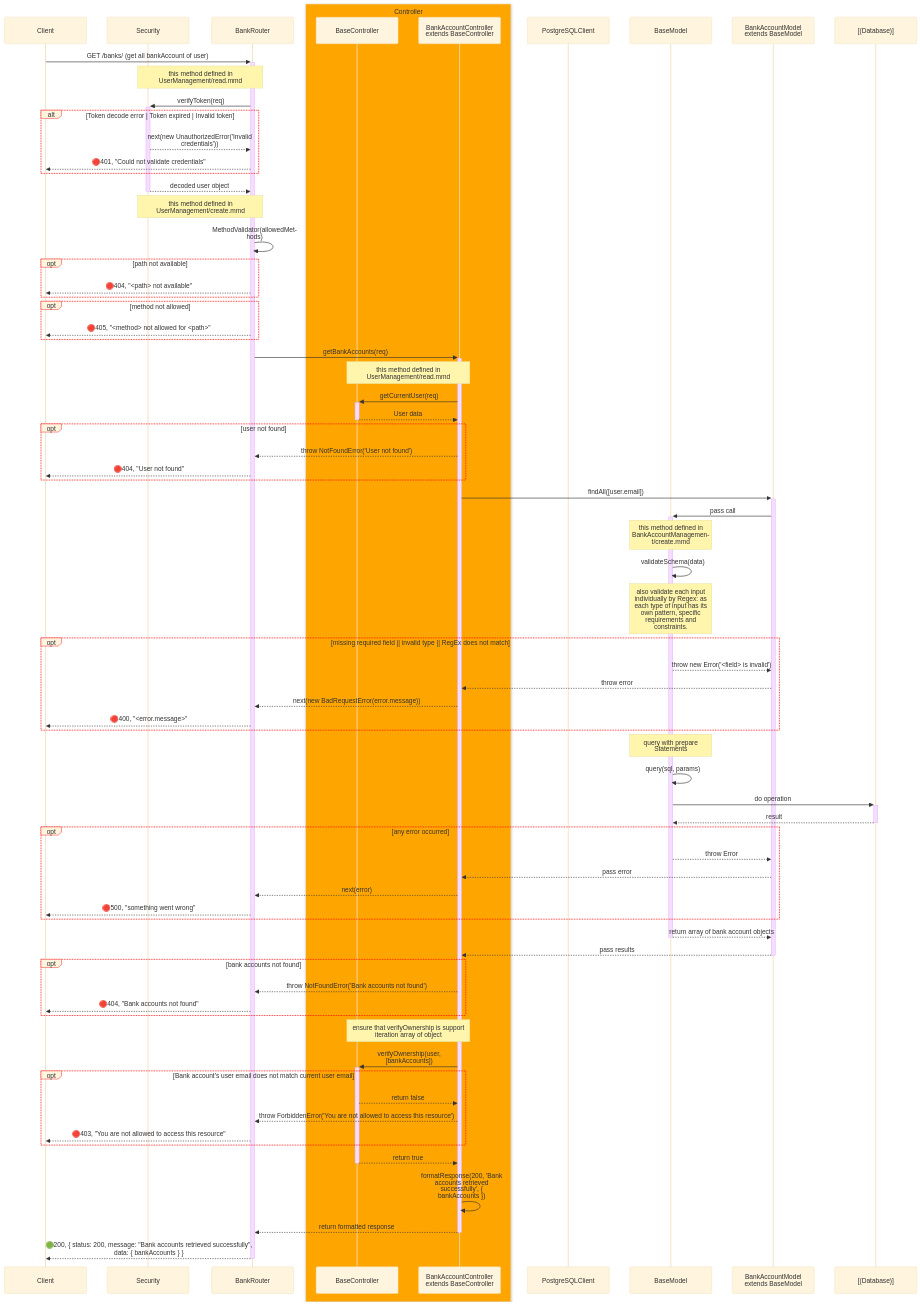
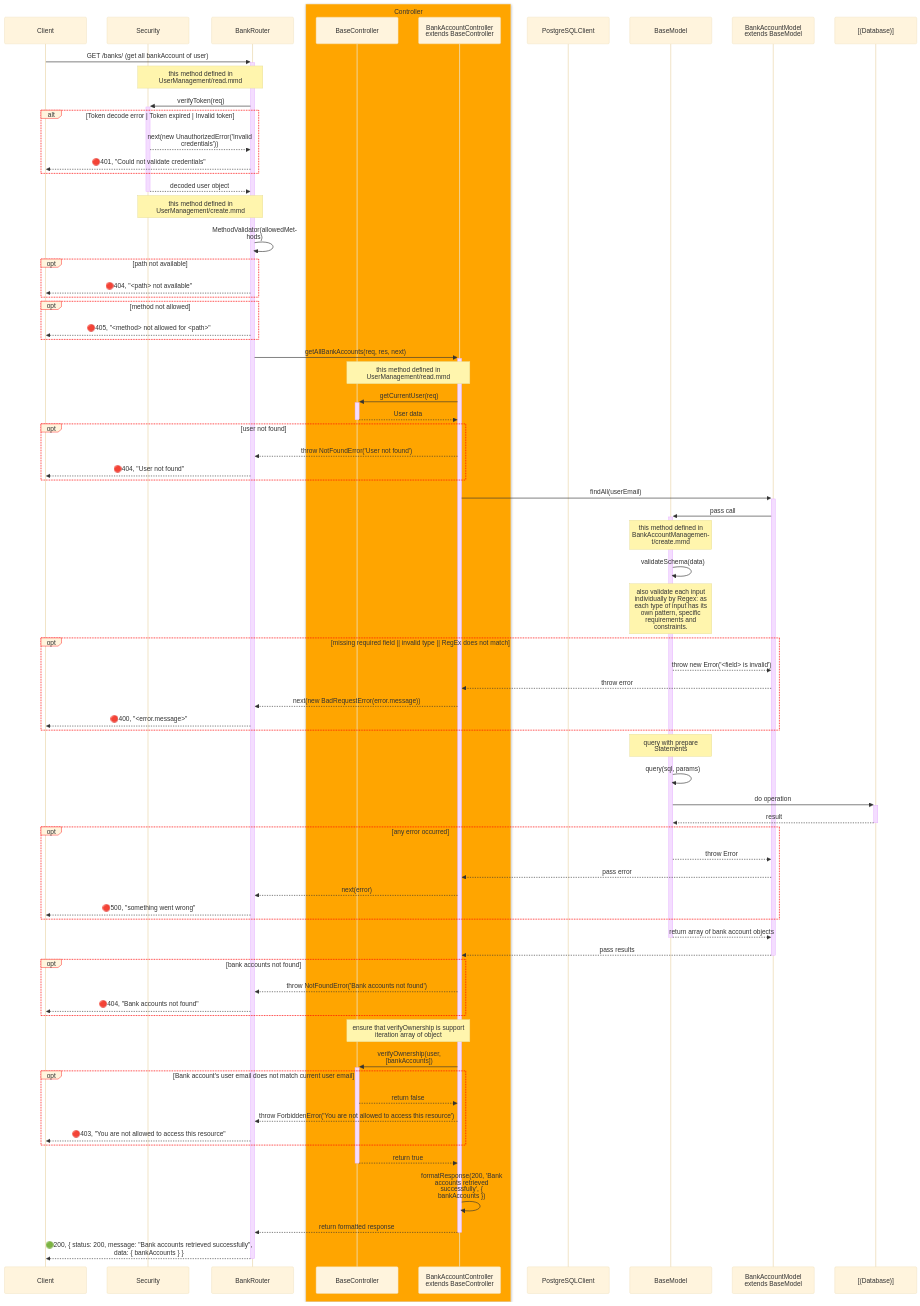
One commit to SawatKia/WealthTracking changed the diagram in design/newClassesDesign/BankAccountManagement/ReadAll.mmd. Above: the diagram before and after it, drawn with Mermaid. The commit also changed 14 other files, not shown here.

Commit message:
add class diagram

```diff
--- a/design/newClassesDesign/BankAccountManagement/ReadAll.mmd
+++ b/design/newClassesDesign/BankAccountManagement/ReadAll.mmd
@@ -1,93 +1,93 @@
 %%{
     init: {
         "theme":"base",
         "themeVariables": {
             'labelBoxBorderColor': '#ff0000'
         },
         "sequence": { 
             "wrap": true, 
             "width": 200 
         } 
     }
 }%%
 sequenceDiagram
     participant Client
     participant Sec as Security
     participant Router as BankRouter
     box orange Controller
         participant BaseCont as BaseController
         participant Cont as BankAccountController extends BaseController
     end
     participant PGClient as PostgreSQLClient
     participant BaseModel as BaseModel 
     participant Model as BankAccountModel extends BaseModel
     participant DB as [(Database)]
 
     Client->>+Router: GET /banks/ (get all bankAccount of user)
     Note over Sec, Router: this method defined in UserManagement/read.mmd
     Router->>+Sec: verifyToken(req)
     alt Token decode error | Token expired | Invalid token
         Sec-->>Router: next(new UnauthorizedError('Invalid credentials'))
         Router-->>Client: 🔴401, "Could not validate credentials"
     end
     Sec-->>-Router: decoded user object 
 
     Note over Sec, Router: this method defined in UserManagement/create.mmd
     Router->>Router: MethodValidator(allowedMethods)
     opt path not available
         Router-->>Client: 🔴404, "<path> not available"
     end
     opt method not allowed
         Router-->>Client: 🔴405, "<method> not allowed for <path>"
     end
-    Router->>+Cont: getBankAccounts(req)
+    Router->>+Cont: getAllBankAccounts(req, res, next)
     Note over Cont, BaseCont: this method defined in UserManagement/read.mmd
     Cont->>+BaseCont: getCurrentUser(req)
     BaseCont-->>-Cont: User data
 
     opt user not found
         Cont-->>Router: throw NotFoundError('User not found')
         Router-->>Client: 🔴404, "User not found"
     end
 
-    Cont->>+Model: findAll([user.email])
+    Cont->>+Model: findAll(userEmail)
     Model->>+BaseModel: pass call
     Note over BaseModel: this method defined in BankAccountManagement/create.mmd
     BaseModel->>BaseModel: validateSchema(data) 
     Note over BaseModel: also validate each input individually by Regex: as each type of input has its own pattern, specific requirements and constraints.
     opt missing required field || invalid type || RegEx does not match
         BaseModel-->>Model: throw new Error('<field> is invalid')
         Model-->>Cont: throw error
         Cont-->>Router: next(new BadRequestError(error.message))
         Router-->>Client: 🔴400, "<error.message>"
     end
     Note over BaseModel: query with prepare Statements
     BaseModel->>BaseModel: query(sql, params)
     BaseModel->>+DB: do operation
     DB-->>-BaseModel: result
     opt any error occurred
         BaseModel-->>Model: throw Error
         Model-->>Cont: pass error
         Cont-->>Router: next(error)
         Router-->>Client: 🔴500, "something went wrong"
     end
     BaseModel-->>-Model: return array of bank account objects
     Model-->>-Cont: pass results
 
     opt bank accounts not found
         Cont-->>Router: throw NotFoundError('Bank accounts not found')
         Router-->>Client: 🔴404, "Bank accounts not found"
     end
 
     Note over Cont, BaseCont: ensure that verifyOwnership is support iteration array of object
     Cont->>+BaseCont: verifyOwnership(user, [bankAccounts])
     opt Bank account's user email does not match current user email
         BaseCont-->>Cont: return false
         Cont-->>Router: throw ForbiddenError('You are not allowed to access this resource')
         Router-->>Client: 🔴403, "You are not allowed to access this resource"
     end
     BaseCont-->>-Cont: return true
 
     Cont->>Cont: formatResponse(200, 'Bank accounts retrieved successfully', { bankAccounts })
     Cont-->>-Router: return formatted response
     Router-->>-Client: 🟢200, { status: 200, message: "Bank accounts retrieved successfully", data: { bankAccounts } }
```
